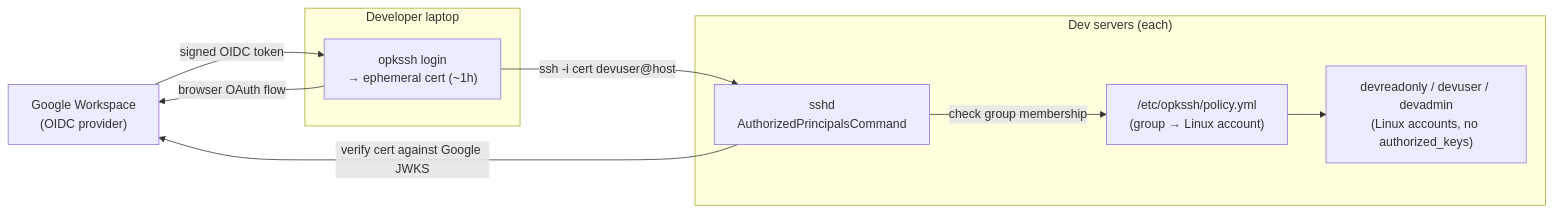
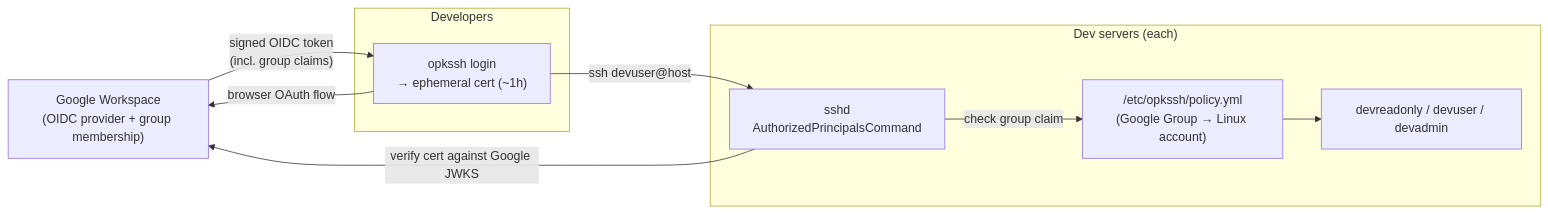
Before and after one commit to r-t-chan/devops-engineering-portfolio: the second of 2 diagrams in projects/opkssh-dev-access/README.md, drawn with Mermaid. The commit also changed other lines of this file, not shown here.

Commit message:
Fix OPKSSH case study: correct before-state to single key per developer with sysadmin managing authorized_keys

````diff
--- a/projects/opkssh-dev-access/README.md
+++ b/projects/opkssh-dev-access/README.md
@@ -51,21 +56,21 @@
 ```mermaid
 flowchart LR
-    gw["Google Workspace\n(OIDC provider)"]
+    gw["Google Workspace\n(OIDC provider + group membership)"]
 
-    subgraph dev["Developer laptop"]
+    subgraph devs["Developers"]
         cli["opkssh login\n→ ephemeral cert (~1h)"]
     end
 
     subgraph servers["Dev servers (each)"]
         sshd["sshd\nAuthorizedPrincipalsCommand"]
-        policy["/etc/opkssh/policy.yml\n(group → Linux account)"]
-        accounts["devreadonly / devuser / devadmin\n(Linux accounts, no authorized_keys)"]
+        policy["/etc/opkssh/policy.yml\n(Google Group → Linux account)"]
+        accounts["devreadonly / devuser / devadmin"]
     end
 
     cli -- "browser OAuth flow" --> gw
-    gw -- "signed OIDC token" --> cli
-    cli -- "ssh -i cert devuser@host" --> sshd
+    gw -- "signed OIDC token\n(incl. group claims)" --> cli
+    cli -- "ssh devuser@host" --> sshd
     sshd -- "verify cert against Google JWKS" --> gw
-    sshd -- "check group membership" --> policy
+    sshd -- "check group claim" --> policy
     policy --> accounts
 ```
````
